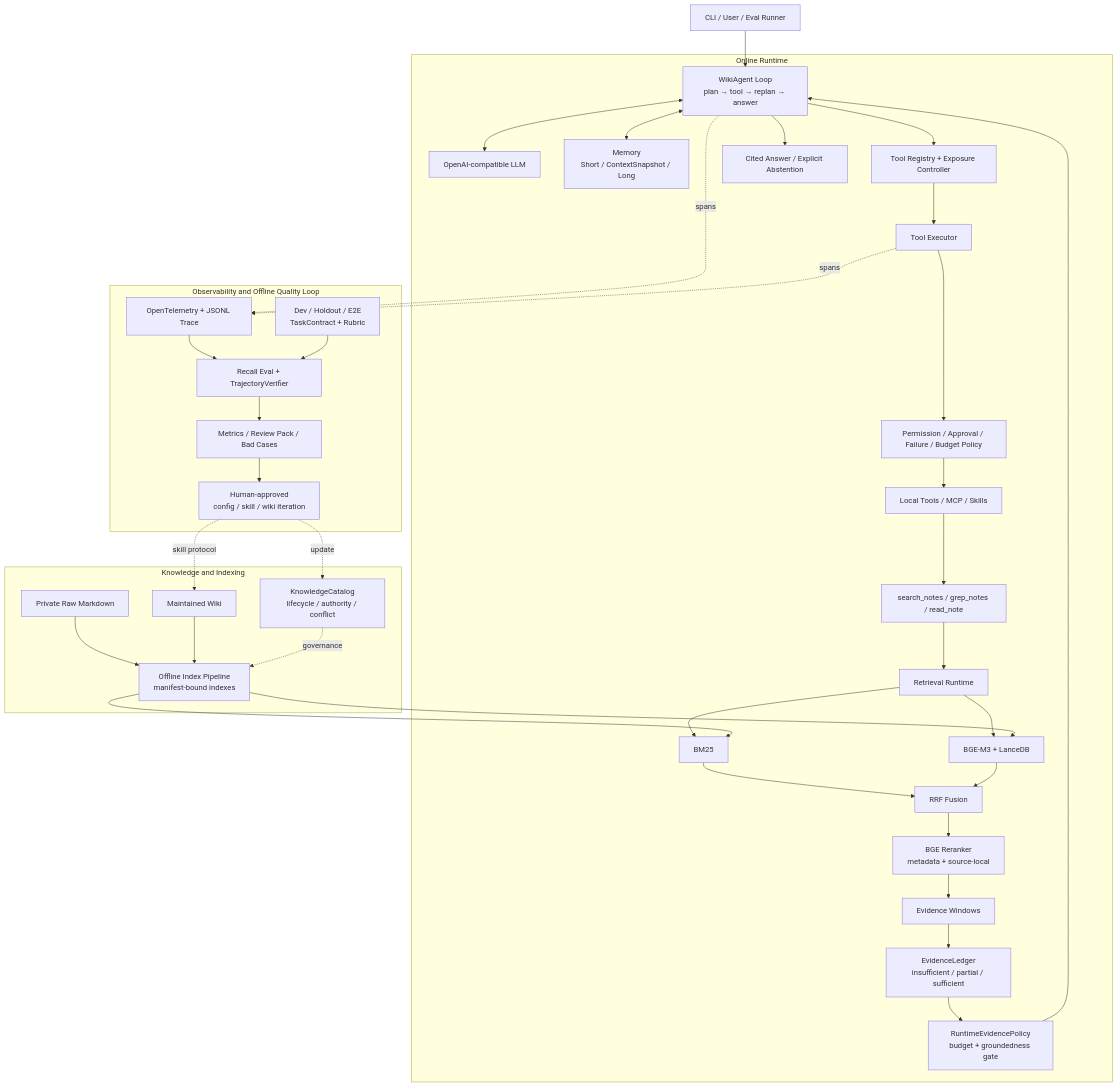
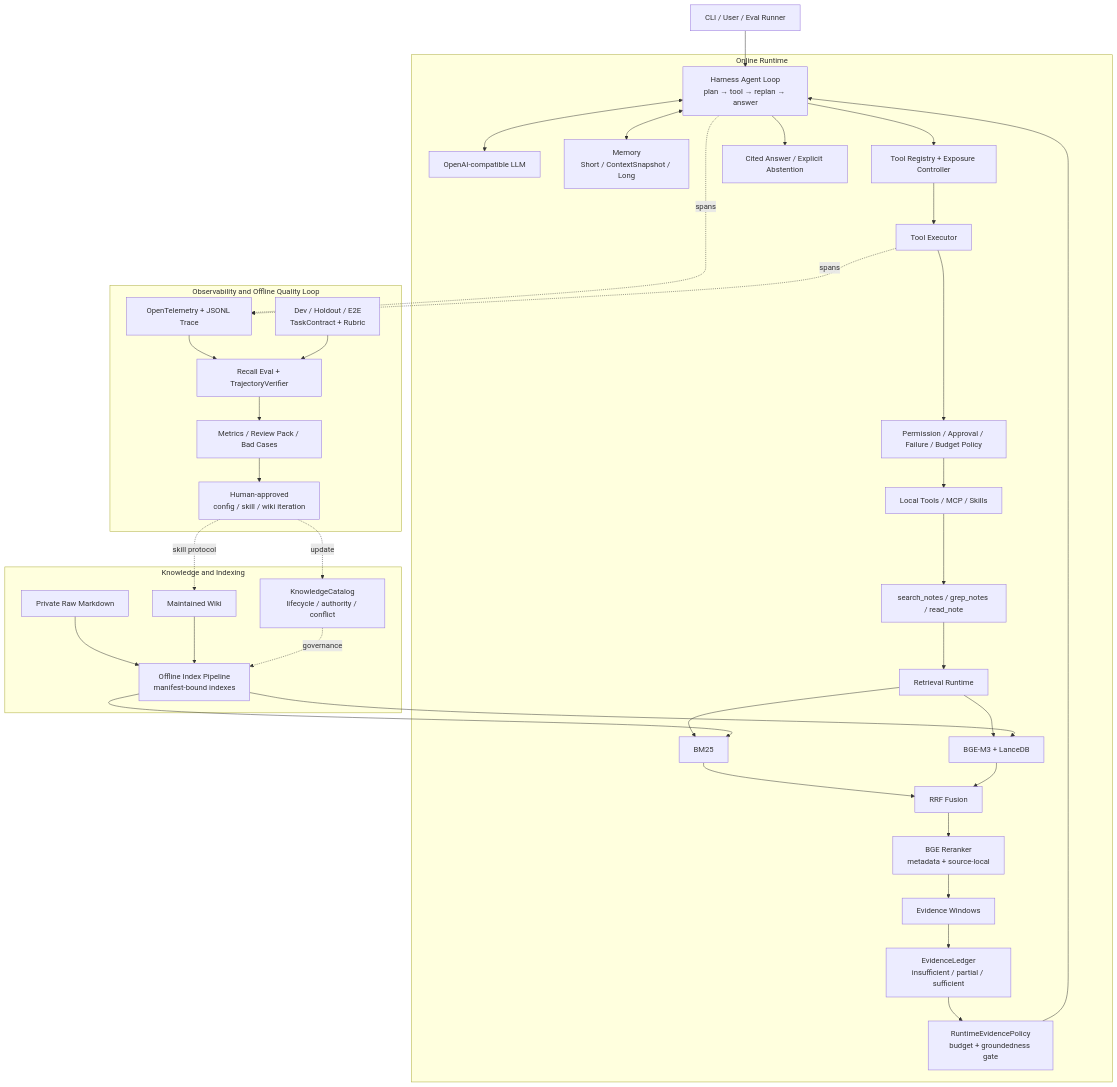
The diagram in README.md (liushupeng/wiki-agent), drawn with Mermaid before and after one commit. The commit also changed other lines of this file and 34 other files, not shown here.

````diff
--- a/README.md
+++ b/README.md
@@ -40,64 +40,64 @@
 ```mermaid
 flowchart TB
     user["CLI / User / Eval Runner"]
 
     subgraph runtime["Online Runtime"]
-        agent["WikiAgent Loop<br/>plan → tool → replan → answer"]
+        agent["Harness Agent Loop<br/>plan → tool → replan → answer"]
         model["OpenAI-compatible LLM"]
         memory["Memory<br/>Short / ContextSnapshot / Long"]
         exposure["Tool Registry + Exposure Controller"]
         executor["Tool Executor"]
         policy["Permission / Approval / Failure / Budget Policy"]
         tools["Local Tools / MCP / Skills"]
         ragtools["search_notes / grep_notes / read_note"]
         retrieval["Retrieval Runtime"]
         sparse["BM25"]
         dense["BGE-M3 + LanceDB"]
         fusion["RRF Fusion"]
         reranker["BGE Reranker<br/>metadata + source-local"]
         windows["Evidence Windows"]
         ledger["EvidenceLedger<br/>insufficient / partial / sufficient"]
         gate["RuntimeEvidencePolicy<br/>budget + groundedness gate"]
         answer["Cited Answer / Explicit Abstention"]
 
         agent <--> model
         agent <--> memory
         agent --> exposure --> executor
         executor --> policy --> tools
         tools --> ragtools --> retrieval
         retrieval --> sparse --> fusion
         retrieval --> dense --> fusion
         fusion --> reranker --> windows --> ledger --> gate --> agent
         agent --> answer
     end
 
     subgraph knowledge["Knowledge and Indexing"]
         raw["Private Raw Markdown"]
         wiki["Maintained Wiki"]
         catalog["KnowledgeCatalog<br/>lifecycle / authority / conflict"]
         indexer["Offline Index Pipeline<br/>manifest-bound indexes"]
 
         raw --> indexer
         wiki --> indexer
         catalog -. governance .-> indexer
         indexer --> sparse
         indexer --> dense
     end
 
     subgraph quality["Observability and Offline Quality Loop"]
         trace["OpenTelemetry + JSONL Trace"]
         contracts["Dev / Holdout / E2E<br/>TaskContract + Rubric"]
         verifier["Recall Eval + TrajectoryVerifier"]
         reports["Metrics / Review Pack / Bad Cases"]
         iteration["Human-approved<br/>config / skill / wiki iteration"]
 
         trace --> verifier
         contracts --> verifier --> reports --> iteration
         iteration -. update .-> catalog
         iteration -. skill protocol .-> wiki
     end
 
     user --> agent
     agent -. spans .-> trace
     executor -. spans .-> trace
 ```
````
